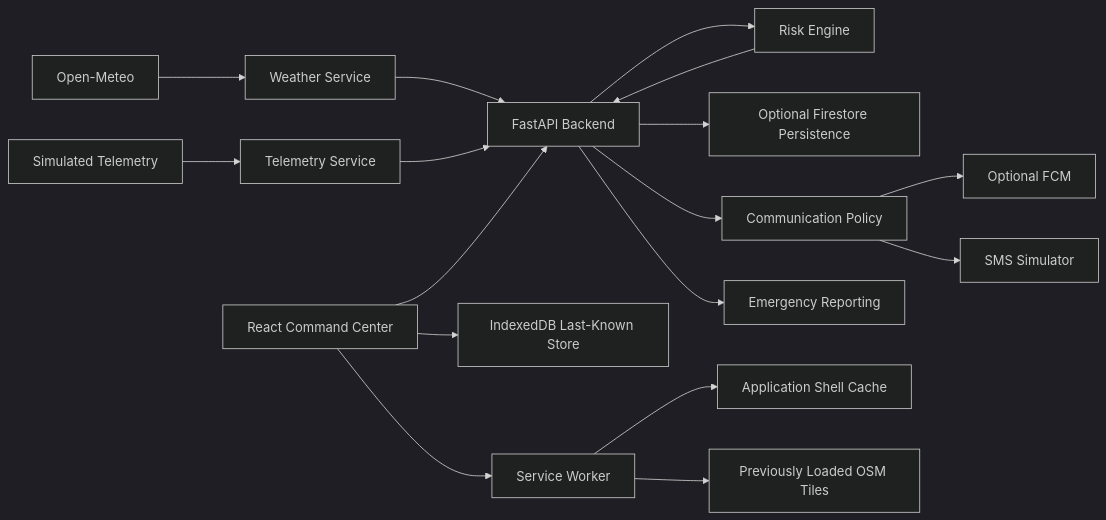
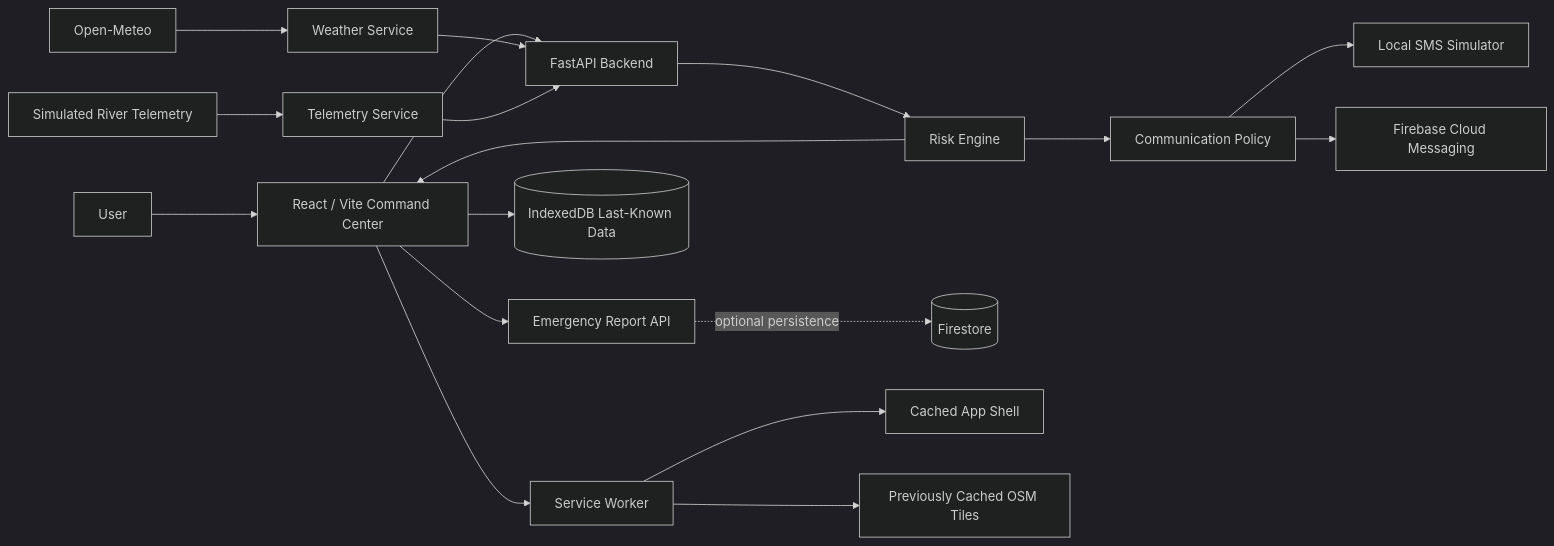
One commit to Kaman259/FlashFlood changed the diagram in README.md. Above: the diagram before and after it, drawn with Mermaid (dark theme). The commit also changed other lines of this file and 3 other files, not shown here.

Commit message:
Complete Firebase and FCM integration

````diff
--- a/README.md
+++ b/README.md
@@ -42,22 +42,20 @@
 ```mermaid
 flowchart LR
-    OM[Open-Meteo] --> WS[Weather Service]
-    TEL[Simulated Telemetry] --> TS[Telemetry Service]
-
-    WS --> API[FastAPI Backend]
+    U[User] --> UI[React / Vite Command Center]
+    UI --> API[FastAPI Backend]
+    OM[Open-Meteo] --> W[Weather Service]
+    T[Simulated River Telemetry] --> TS[Telemetry Service]
+    W --> API
     TS --> API
-    API --> RE[Risk Engine]
-    RE --> API
-
-    API --> FP[Optional Firestore Persistence]
-    API --> CP[Communication Policy]
-    CP --> FCM[Optional FCM]
-    CP --> SMS[SMS Simulator]
-    API --> ER[Emergency Reporting]
-
-    UI[React Command Center] --> API
-    UI --> IDB[IndexedDB Last-Known Store]
+    API --> R[Risk Engine]
+    R --> UI
+    R --> C[Communication Policy]
+    C --> SMS[Local SMS Simulator]
+    C --> FCM[Firebase Cloud Messaging]
+    UI --> ER[Emergency Report API]
+    ER -. optional persistence .-> FS[(Firestore)]
+    UI --> IDB[(IndexedDB Last-Known Data)]
     UI --> SW[Service Worker]
-    SW --> SHELL[Application Shell Cache]
-    SW --> TILES[Previously Loaded OSM Tiles]
+    SW --> APP[Cached App Shell]
+    SW --> MAP[Previously Cached OSM Tiles]
 ```
````
